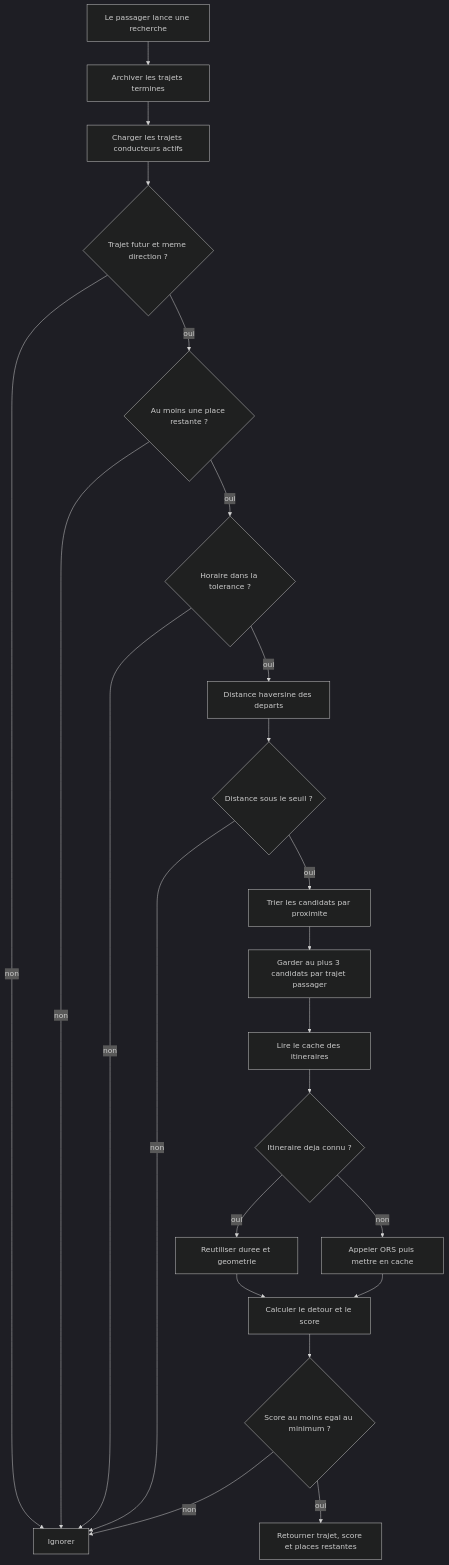
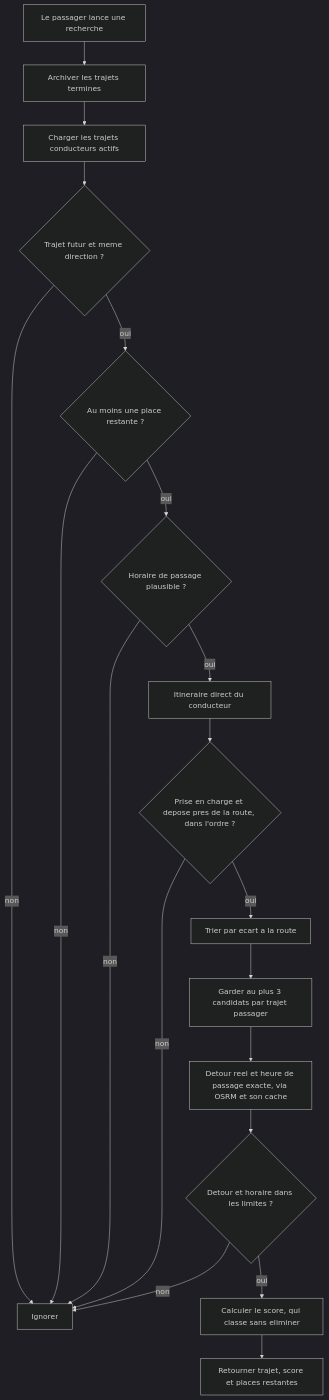
One commit to NaelFares/CNAM-I2-Project changed the diagram in doc/MATCHING_ALGORITHM.md. Above: the diagram before and after it, drawn with Mermaid (dark theme). The commit also changed other lines of this file and 61 other files, not shown here.

First line of the commit message:
feat(covoiturage): itinéraires OSRM locaux et matching « sur la route »

````diff
--- a/doc/MATCHING_ALGORITHM.md
+++ b/doc/MATCHING_ALGORITHM.md
@@ -29,25 +31,21 @@
 ```mermaid
 flowchart TD
     A[Le passager lance une recherche] --> B[Archiver les trajets termines]
     B --> C[Charger les trajets conducteurs actifs]
     C --> D{Trajet futur et meme direction ?}
     D -- non --> Z[Ignorer]
     D -- oui --> E{Au moins une place restante ?}
     E -- non --> Z
-    E -- oui --> F{Horaire dans la tolerance ?}
+    E -- oui --> F{Horaire de passage plausible ?}
     F -- non --> Z
-    F -- oui --> G[Distance haversine des departs]
-    G --> H{Distance sous le seuil ?}
+    F -- oui --> G[Itineraire direct du conducteur]
+    G --> H{Prise en charge et depose pres de la route, dans l'ordre ?}
     H -- non --> Z
-    H -- oui --> I[Trier les candidats par proximite]
+    H -- oui --> I[Trier par ecart a la route]
     I --> J[Garder au plus 3 candidats par trajet passager]
-    J --> K[Lire le cache des itineraires]
-    K --> L{Itineraire deja connu ?}
-    L -- oui --> M[Reutiliser duree et geometrie]
-    L -- non --> N[Appeler ORS puis mettre en cache]
-    M --> O[Calculer le detour et le score]
-    N --> O
-    O --> P{Score au moins egal au minimum ?}
-    P -- non --> Z
-    P -- oui --> Q[Retourner trajet, score et places restantes]
+    J --> K[Detour reel et heure de passage exacte, via OSRM et son cache]
+    K --> L{Detour et horaire dans les limites ?}
+    L -- non --> Z
+    L -- oui --> M[Calculer le score, qui classe sans eliminer]
+    M --> Q[Retourner trajet, score et places restantes]
 ```
````
